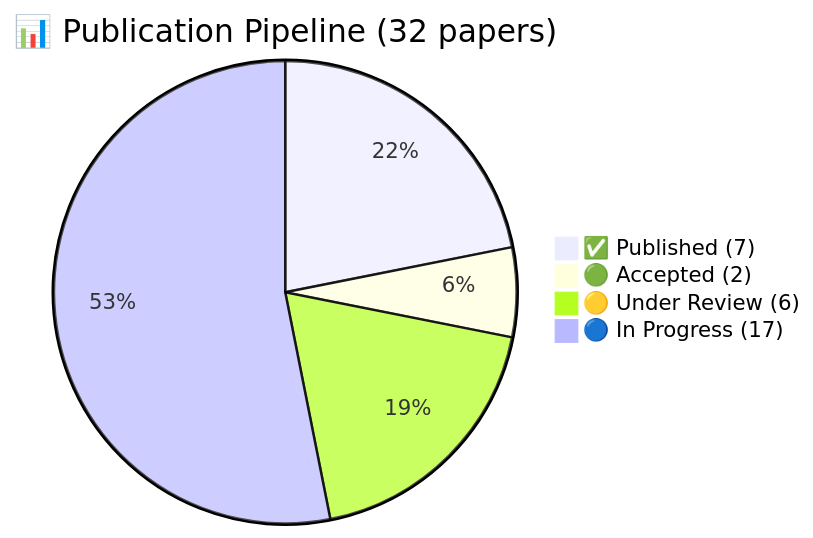
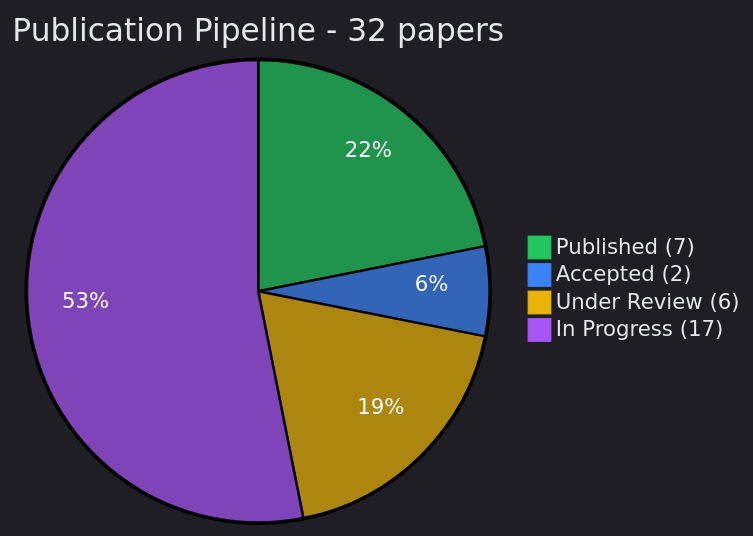
One commit to nutthakorn7/kmutnb-fte-portfolio changed the first of 2 diagrams in README.md. Above: the diagram before and after it, drawn with Mermaid. The commit also changed other lines of this file and 5 other files, not shown here.

Commit message:
Unify dark theme: bright Mermaid colors across all pages (README, research plan, 4 teaching plans)

````diff
--- a/README.md
+++ b/README.md
@@ -91,7 +91,8 @@
 ```mermaid
-pie title 📊 Publication Pipeline (32 papers)
-    "✅ Published (7)" : 7
-    "🟢 Accepted (2)" : 2
-    "🟡 Under Review (6)" : 6
-    "🔵 In Progress (17)" : 17
+%%{init: {'theme': 'dark', 'themeVariables': {'pie1': '#22c55e', 'pie2': '#3b82f6', 'pie3': '#eab308', 'pie4': '#a855f7', 'pieTitleTextColor': '#e5e7eb', 'pieSectionTextColor': '#fff', 'pieLegendTextColor': '#e5e7eb'}}}%%
+pie title Publication Pipeline - 32 papers
+    "Published (7)" : 7
+    "Accepted (2)" : 2
+    "Under Review (6)" : 6
+    "In Progress (17)" : 17
 ```
````
